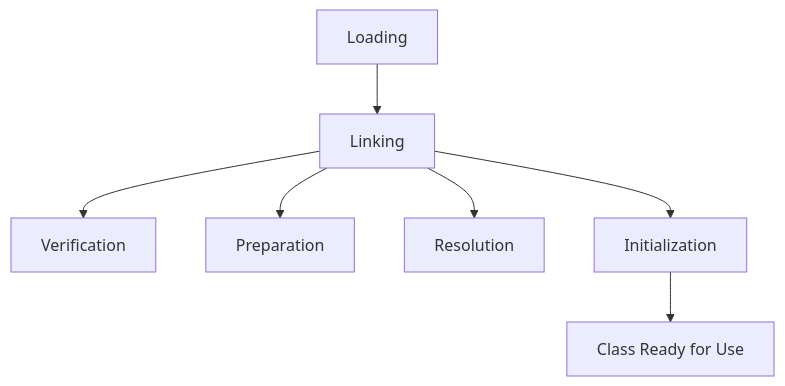
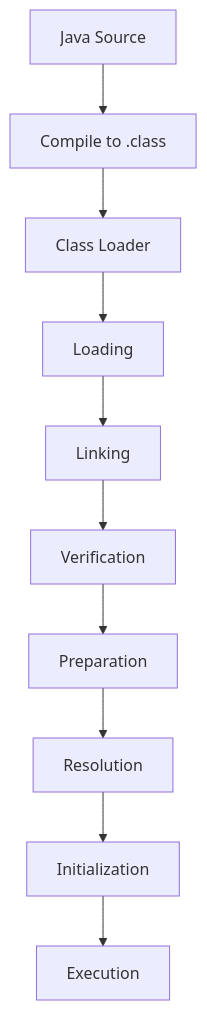
The diagram in jvm-internals-class-loading/README.md (VrushankPatel/interview-matters), drawn with Mermaid before and after one commit. The commit also changed other lines of this file and 7 other files, not shown here.

Commit message:
kb: add/update topics java-fundamentals, oop-principles-in-java, jvm-internals-class-loading, garbage-collection-algorithms, multithreading-concurrency-in-java

````diff
--- a/jvm-internals-class-loading/README.md
+++ b/jvm-internals-class-loading/README.md
@@ -34,9 +30,12 @@
 ```mermaid
-flowchart TD
-    A[Loading] --> B[Linking]
-    B --> C[Verification]
-    B --> D[Preparation]
-    B --> E[Resolution]
-    B --> F[Initialization]
-    F --> G[Class Ready for Use]
+graph TD
+A[Java Source] --> B[Compile to .class]
+B --> C[Class Loader]
+C --> D[Loading]
+D --> E[Linking]
+E --> F[Verification]
+F --> G[Preparation]
+G --> H[Resolution]
+H --> I[Initialization]
+I --> J[Execution]
 ```
````
